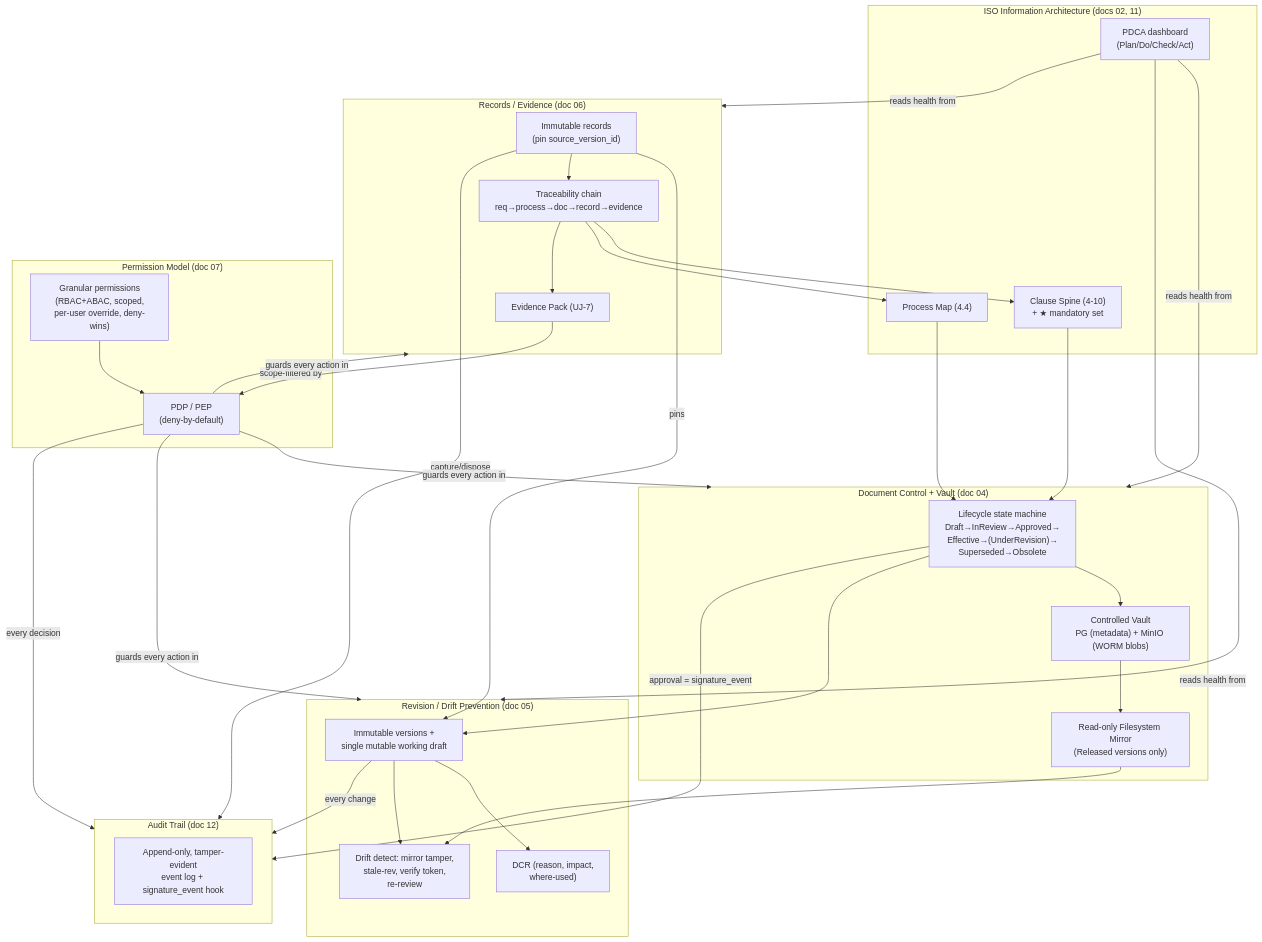
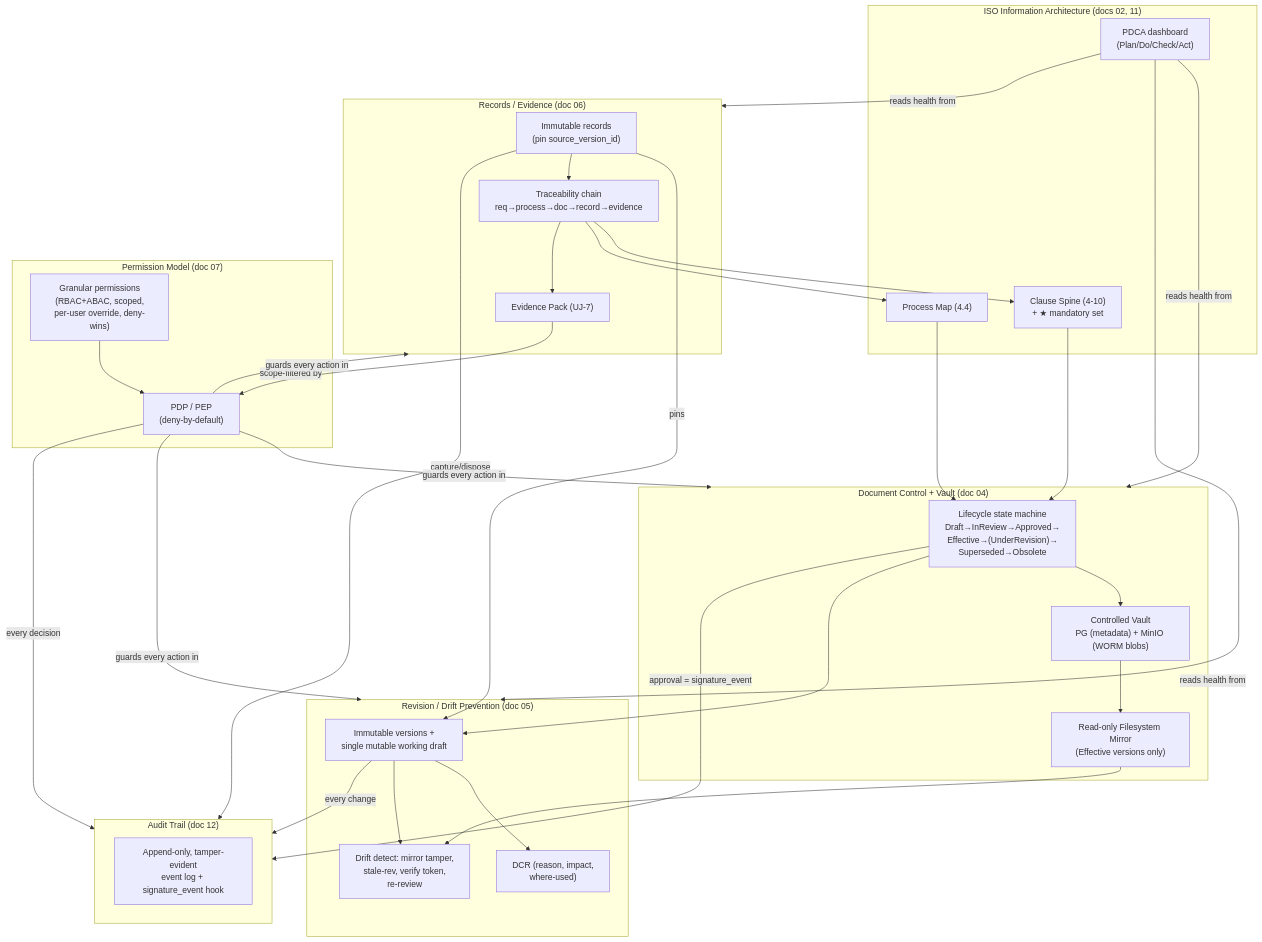
Before and after one commit to CoJoA13/EasySynQ: the diagram in docs/00-overview.md, drawn with Mermaid. The commit also changed other lines of this file and 43 other files, not shown here.

````diff
--- a/docs/00-overview.md
+++ b/docs/00-overview.md
@@ -88,61 +88,61 @@
 ```mermaid
 flowchart TB
     subgraph IA["ISO Information Architecture (docs 02, 11)"]
         CL["Clause Spine (4-10)\n+ ★ mandatory set"]
         PR["Process Map (4.4)"]
         PD["PDCA dashboard\n(Plan/Do/Check/Act)"]
     end
 
     subgraph DC["Document Control + Vault (doc 04)"]
         LC["Lifecycle state machine\nDraft→InReview→Approved→\nEffective→(UnderRevision)→\nSuperseded→Obsolete"]
         VAULT["Controlled Vault\nPG (metadata) + MinIO (WORM blobs)"]
-        MIRROR["Read-only Filesystem Mirror\n(Released versions only)"]
+        MIRROR["Read-only Filesystem Mirror\n(Effective versions only)"]
     end
 
     subgraph RD["Revision / Drift Prevention (doc 05)"]
         VER["Immutable versions +\nsingle mutable working draft"]
         DCR["DCR (reason, impact,\nwhere-used)"]
         DRIFT["Drift detect: mirror tamper,\nstale-rev, verify token,\nre-review"]
     end
 
     subgraph REC["Records / Evidence (doc 06)"]
         RECC["Immutable records\n(pin source_version_id)"]
         CHAIN["Traceability chain\nreq→process→doc→record→evidence"]
         PACK["Evidence Pack (UJ-7)"]
     end
 
     subgraph AZ["Permission Model (doc 07)"]
         PERM["Granular permissions\n(RBAC+ABAC, scoped,\nper-user override, deny-wins)"]
         PDP["PDP / PEP\n(deny-by-default)"]
     end
 
     subgraph AUD["Audit Trail (doc 12)"]
         TRAIL["Append-only, tamper-evident\nevent log + signature_event hook"]
     end
 
     CL --> LC
     PR --> LC
     LC --> VAULT
     VAULT --> MIRROR
     LC --> VER
     VER --> DCR
     VER --> DRIFT
     MIRROR --> DRIFT
     LC -->|approval = signature_event| AUD
     VER -->|every change| AUD
     RECC -->|pins| VER
     RECC --> CHAIN
     CHAIN --> CL
     CHAIN --> PR
     CHAIN --> PACK
     RECC -->|capture/dispose| AUD
     PDP -->|guards every action in| DC
     PDP -->|guards every action in| RD
     PDP -->|guards every action in| REC
     PERM --> PDP
     PDP -->|every decision| AUD
     PD -->|reads health from| DC
     PD -->|reads health from| RD
     PD -->|reads health from| REC
     PACK -->|scope-filtered by| PDP
 ```
````
